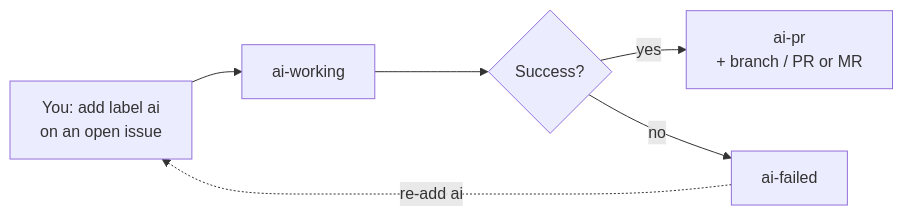
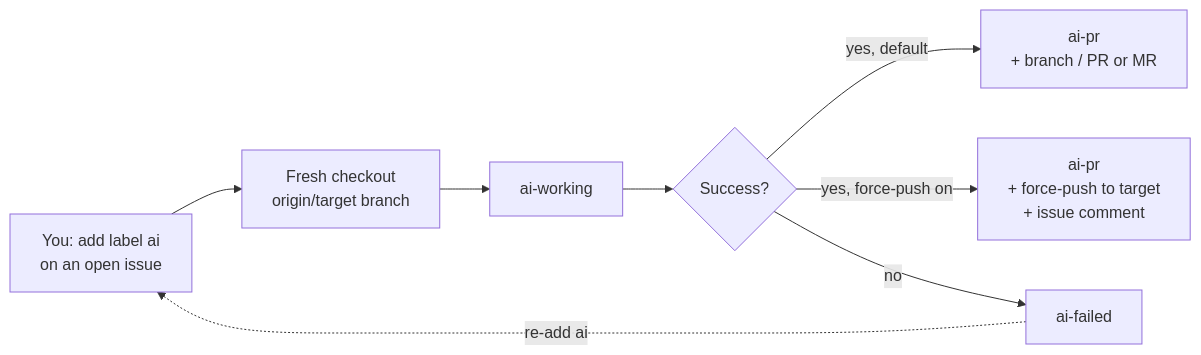
One commit to sami1367/ai-worker changed the first of 4 diagrams in README.md. Above: the diagram before and after it, drawn with Mermaid. The commit also changed other lines of this file and 13 other files, not shown here.

Commit message:
Document target-branch checkout and optional force-push in README and tutorial.

````diff
--- a/README.md
+++ b/README.md
@@ -234,8 +247,10 @@
 ```mermaid
 flowchart LR
-  A["You: add label ai<br/>on an open issue"] --> B["ai-working"]
-  B --> C{Success?}
-  C -->|yes| D["ai-pr<br/>+ branch / PR or MR"]
-  C -->|no| E["ai-failed"]
-  E -.->|re-add ai| A
+  A["You: add label ai<br/>on an open issue"] --> B["Fresh checkout<br/>origin/target branch"]
+  B --> C["ai-working"]
+  C --> D{Success?}
+  D -->|yes, default| E["ai-pr<br/>+ branch / PR or MR"]
+  D -->|yes, force-push on| F["ai-pr<br/>+ force-push to target<br/>+ issue comment"]
+  D -->|no| G["ai-failed"]
+  G -.->|re-add ai| A
 ```
````
